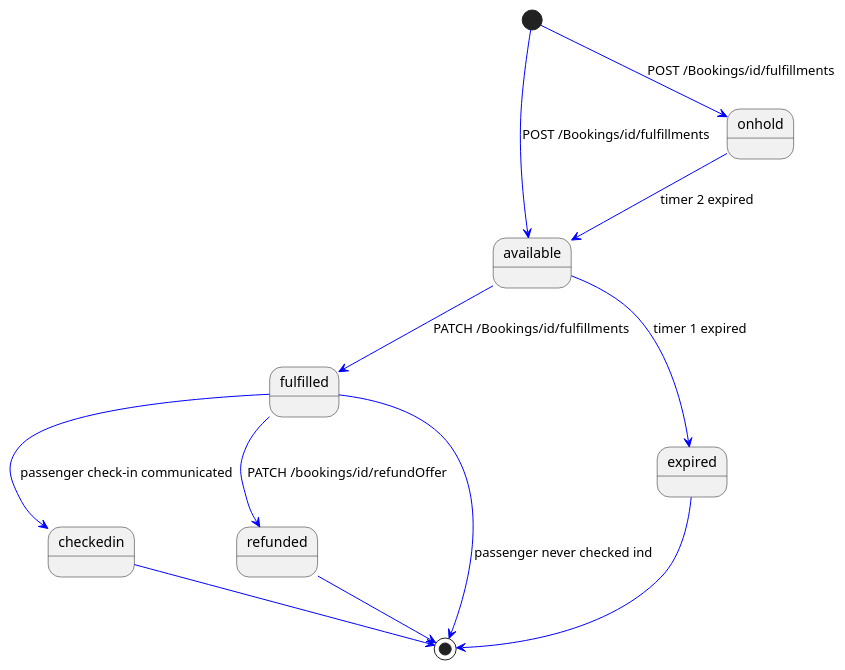
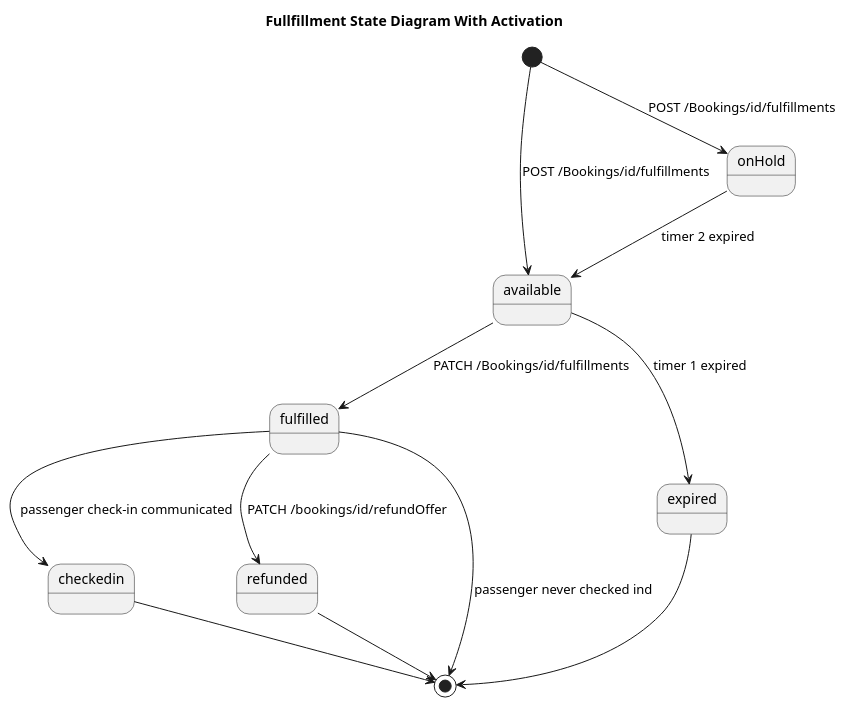
Before and after one commit to UnionInternationalCheminsdeFer/OSDM: the diagram in images/models/fulfillment-state-model-with-activation.puml, drawn with PlantUML. The commit also changed 2 other files, not shown here.

Commit message:
update the state diagrams

```diff
--- a/images/models/fulfillment-state-model-with-activation.puml
+++ b/images/models/fulfillment-state-model-with-activation.puml
@@ -1,13 +1,14 @@
-@startuml "Fullfillment State Diagram With Activation"
-[*] -[#blue]-> available: POST /Bookings/id/fulfillments
-[*] -[#blue]-> onhold: POST /Bookings/id/fulfillments
-available -[#blue]-> fulfilled: PATCH /Bookings/id/fulfillments
-available -[#blue]-> expired: timer 1 expired
-onhold -[#blue]-> available: timer 2 expired
-fulfilled -[#blue]-> checkedin: passenger check-in communicated 
-fulfilled -[#blue]-> refunded: PATCH /bookings/id/refundOffer
-checkedin -[#blue]-> [*]
-fulfilled -[#blue]-> [*]: passenger never checked ind
-refunded -[#blue]-> [*]
-expired -[#blue]-> [*]
+@startuml 
+title "Fullfillment State Diagram With Activation"
+[*] --> available: POST /Bookings/id/fulfillments
+[*] --> onHold: POST /Bookings/id/fulfillments
+available --> fulfilled: PATCH /Bookings/id/fulfillments
+available --> expired: timer 1 expired
+onHold --> available: timer 2 expired
+fulfilled --> checkedin: passenger check-in communicated 
+fulfilled --> refunded: PATCH /bookings/id/refundOffer
+checkedin --> [*]
+fulfilled --> [*]: passenger never checked ind
+refunded --> [*]
+expired --> [*]
 @enduml
```
